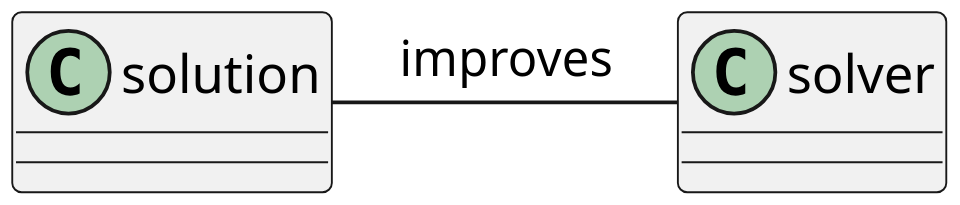
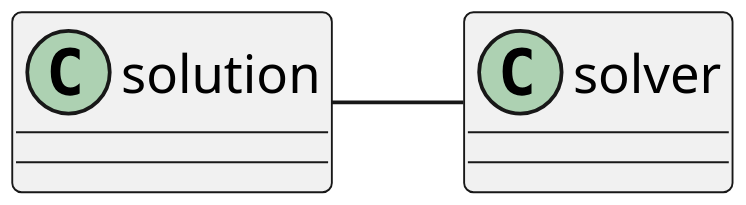
The diagram in UML/MainClasses.puml (Wilbertz/Sudoku-Solver), drawn with PlantUML before and after one commit.

Commit message:
Work in progress

```diff
--- a/UML/MainClasses.puml
+++ b/UML/MainClasses.puml
@@ -1,6 +1,6 @@
 @startuml
 scale 3
 class solution
 class solver
-solution - solver : improves
+solution - solver
 @enduml
```
